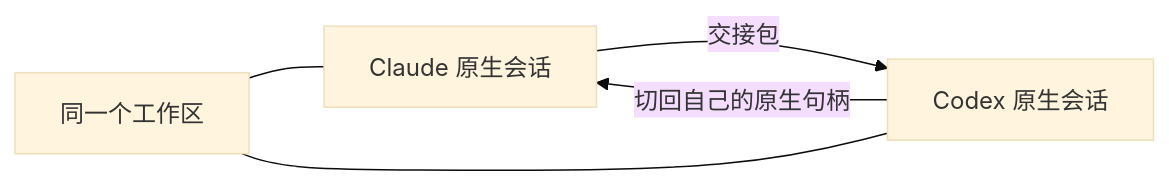
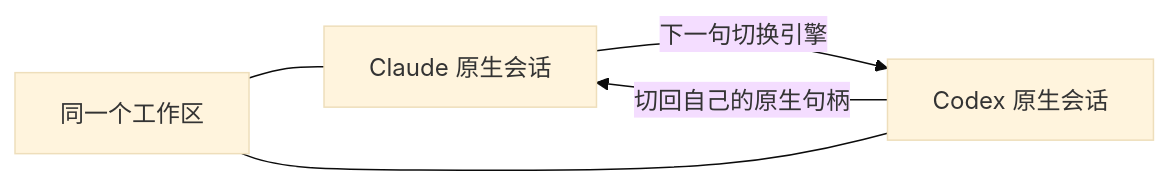
One commit to wzj1213/switchback changed the diagram in README.md. Above: the diagram before and after it, drawn with Mermaid (base theme). The commit also changed other lines of this file and 393 other files, not shown here.

````diff
--- a/README.md
+++ b/README.md
@@ -30,7 +31,7 @@
 ```mermaid
 flowchart LR
   W["同一个工作区"] --- A["Claude 原生会话"]
-  A -->|"交接包"| B["Codex 原生会话"]
+  A -->|"下一句切换引擎"| B["Codex 原生会话"]
   B -->|"切回自己的原生句柄"| A
   W --- B
 ```
````
